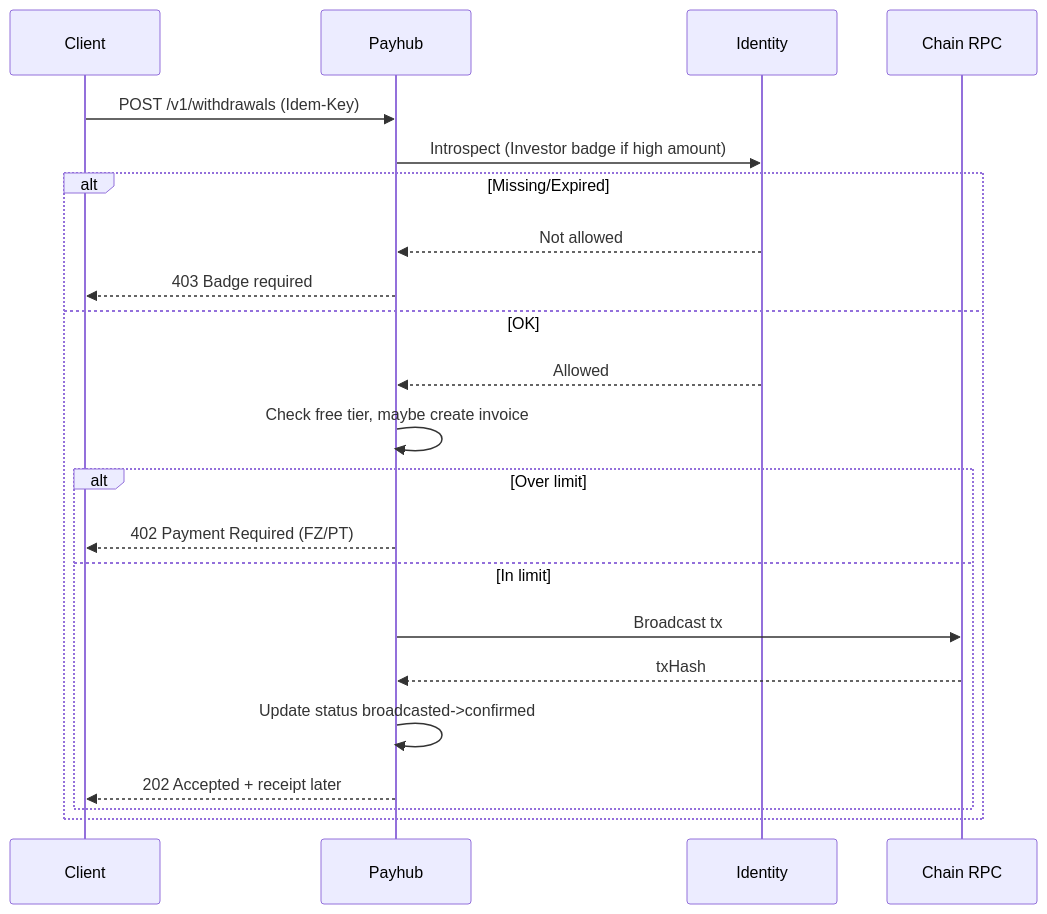
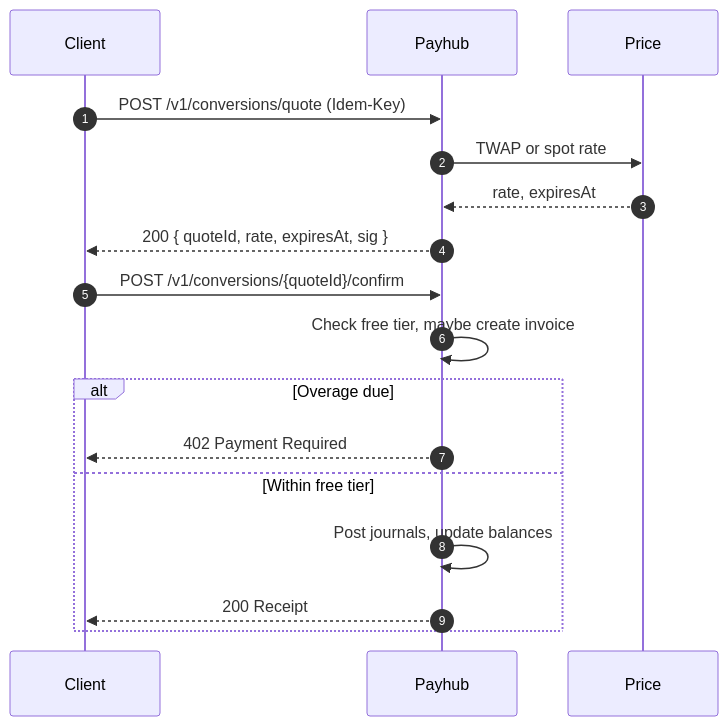
The fourth of 6 diagrams in SystemDesign.md (bkkac/tg-miniapp-payhub-service), drawn with Mermaid before and after one commit. The commit also changed other lines of this file, not shown here.

````diff
--- a/SystemDesign.md
+++ b/SystemDesign.md
@@ -484,24 +505,20 @@
 ```mermaid
 sequenceDiagram
+  autonumber
   participant UI as Client
-  participant PH as Payhub
-  participant ID as Identity
-  participant CH as Chain RPC
-  UI->>PH: POST /v1/withdrawals (Idem-Key)
-  PH->>ID: Introspect (Investor badge if high amount)
-  alt Missing/Expired
-    ID-->>PH: Not allowed
-    PH-->>UI: 403 Badge required
-  else OK
-    ID-->>PH: Allowed
-    PH->>PH: Check free tier, maybe create invoice
-    alt Over limit
-      PH-->>UI: 402 Payment Required (FZ/PT)
-    else In limit
-      PH->>CH: Broadcast tx
-      CH-->>PH: txHash
-      PH->>PH: Update status broadcasted->confirmed
-      PH-->>UI: 202 Accepted + receipt later
-    end
+  participant PAY as Payhub
+  participant PRC as Price
+
+  UI->>PAY: POST /v1/conversions/quote (Idem-Key)
+  PAY->>PRC: TWAP or spot rate
+  PRC-->>PAY: rate, expiresAt
+  PAY-->>UI: 200 { quoteId, rate, expiresAt, sig }
+  UI->>PAY: POST /v1/conversions/{quoteId}/confirm
+  PAY->>PAY: Check free tier, maybe create invoice
+  alt Overage due
+    PAY-->>UI: 402 Payment Required
+  else Within free tier
+    PAY->>PAY: Post journals, update balances
+    PAY-->>UI: 200 Receipt
   end
 ```
````
